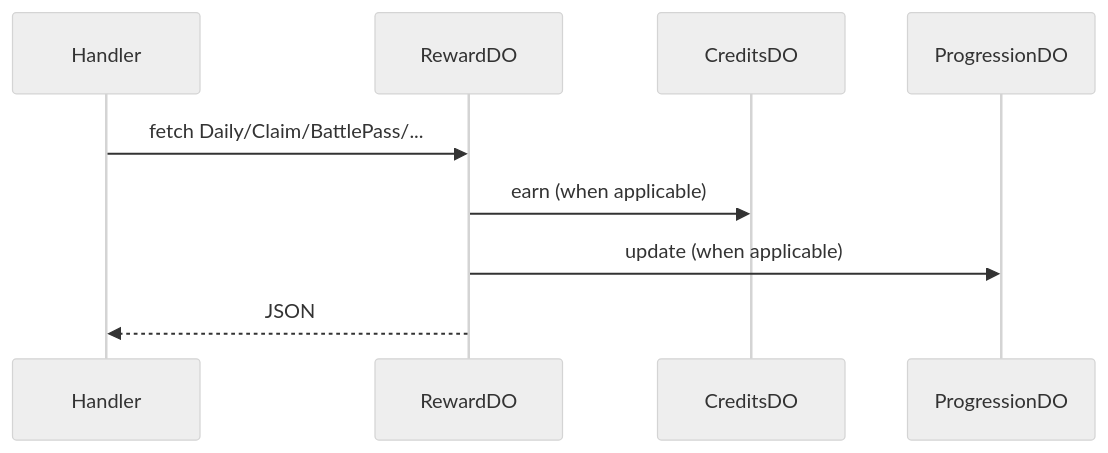
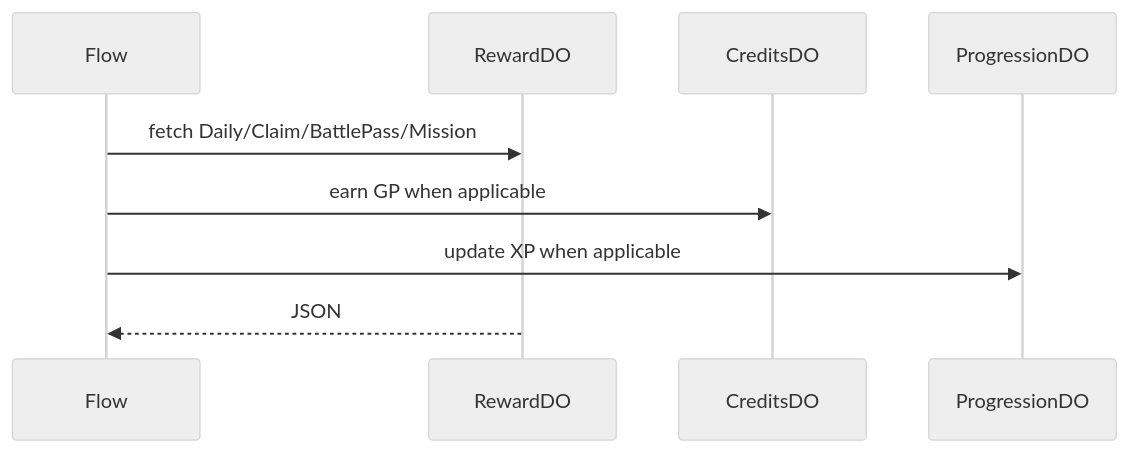
Before and after one commit to ocentra/ocentra-games: the diagram in infra/cloudflare/docs/durable-objects/RewardDO.md, drawn with Mermaid (neutral theme). The commit also changed other lines of this file and 35 other files, not shown here.

````diff
--- a/infra/cloudflare/docs/durable-objects/RewardDO.md
+++ b/infra/cloudflare/docs/durable-objects/RewardDO.md
@@ -17,11 +17,11 @@
 ```mermaid
 sequenceDiagram
-  participant Handler
+  participant Flow
   participant RewardDO
   participant CreditsDO
   participant ProgressionDO
-  Handler->>RewardDO: fetch Daily/Claim/BattlePass/...
-  RewardDO->>CreditsDO: earn (when applicable)
-  RewardDO->>ProgressionDO: update (when applicable)
-  RewardDO-->>Handler: JSON
+  Flow->>RewardDO: fetch Daily/Claim/BattlePass/Mission
+  Flow->>CreditsDO: earn GP when applicable
+  Flow->>ProgressionDO: update XP when applicable
+  RewardDO-->>Flow: JSON
 ```
````
